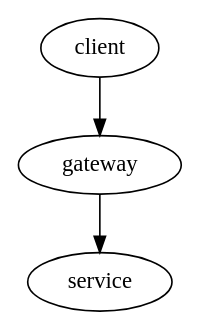
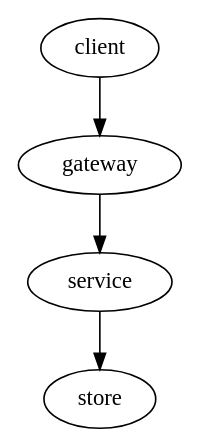
One commit to Buffden/diagram-sync changed the diagram in docs/providers/d2/network.dot. Above: the diagram before and after it, drawn with Graphviz. The commit also changed 1 other file, not shown here.

```diff
--- a/docs/providers/d2/network.dot
+++ b/docs/providers/d2/network.dot
@@ -1,4 +1,4 @@
-// v1
+// v2
 digraph network {
-    client -> gateway -> service
+    client -> gateway -> service -> store
 }
```
